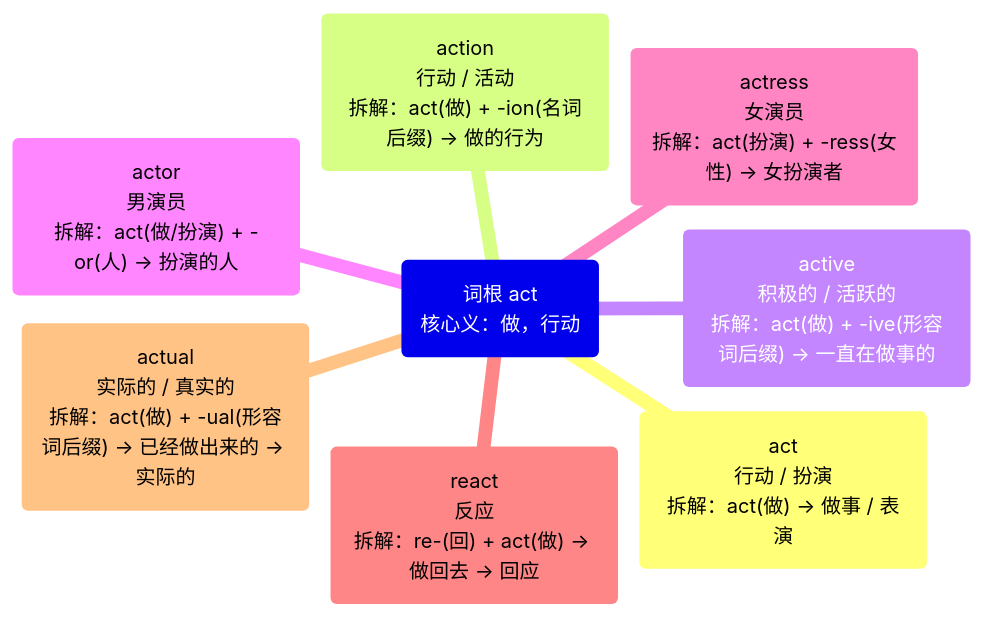
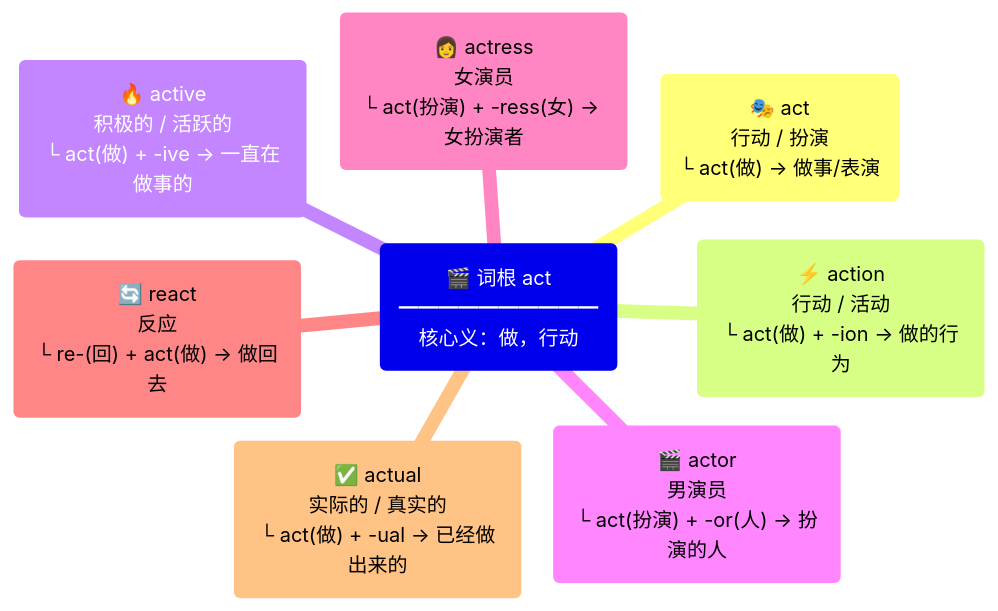
One commit to suhuide/h changed the first of 31 diagrams in files/other/e.md. Above: the diagram before and after it, drawn with Mermaid. The commit also changed other lines of this file, not shown here.

````diff
--- a/files/other/e.md
+++ b/files/other/e.md
@@ -2,11 +2,11 @@
 ```mermaid
 mindmap
-  root("词根 act<br>核心义：做，行动")
-    act("act<br>行动 / 扮演<br>拆解：act(做) → 做事 / 表演")
-    action("action<br>行动 / 活动<br>拆解：act(做) + -ion(名词后缀) → 做的行为")
-    active("active<br>积极的 / 活跃的<br>拆解：act(做) + -ive(形容词后缀) → 一直在做事的")
-    actor("actor<br>男演员<br>拆解：act(做/扮演) + -or(人) → 扮演的人")
-    actress("actress<br>女演员<br>拆解：act(扮演) + -ress(女性) → 女扮演者")
-    react("react<br>反应<br>拆解：re-(回) + act(做) → 做回去 → 回应")
-    actual("actual<br>实际的 / 真实的<br>拆解：act(做) + -ual(形容词后缀) → 已经做出来的 → 实际的")
+  root("🎬 词根 act<br>━━━━━━━━━━<br>核心义：做，行动")
+    act("🎭 act<br>行动 / 扮演<br>└ act(做) → 做事/表演")
+    action("⚡ action<br>行动 / 活动<br>└ act(做) + -ion → 做的行为")
+    active("🔥 active<br>积极的 / 活跃的<br>└ act(做) + -ive → 一直在做事的")
+    actor("🎬 actor<br>男演员<br>└ act(扮演) + -or(人) → 扮演的人")
+    actress("👩 actress<br>女演员<br>└ act(扮演) + -ress(女) → 女扮演者")
+    react("🔄 react<br>反应<br>└ re-(回) + act(做) → 做回去")
+    actual("✅ actual<br>实际的 / 真实的<br>└ act(做) + -ual → 已经做出来的")
 ```    
````
